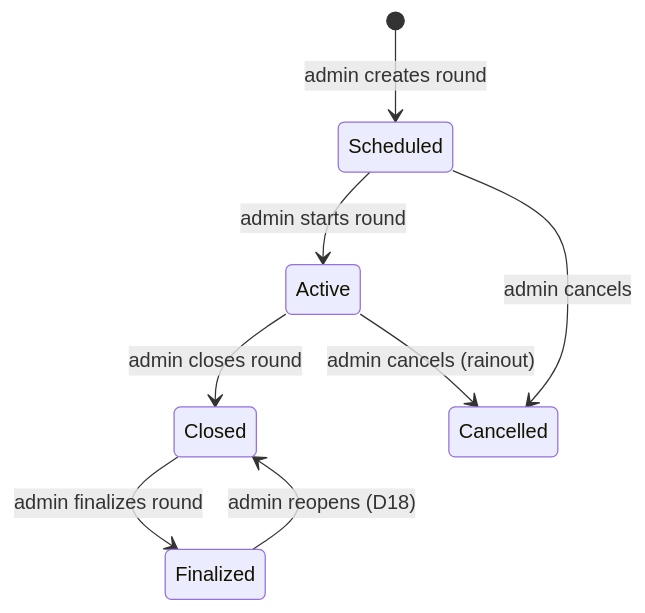
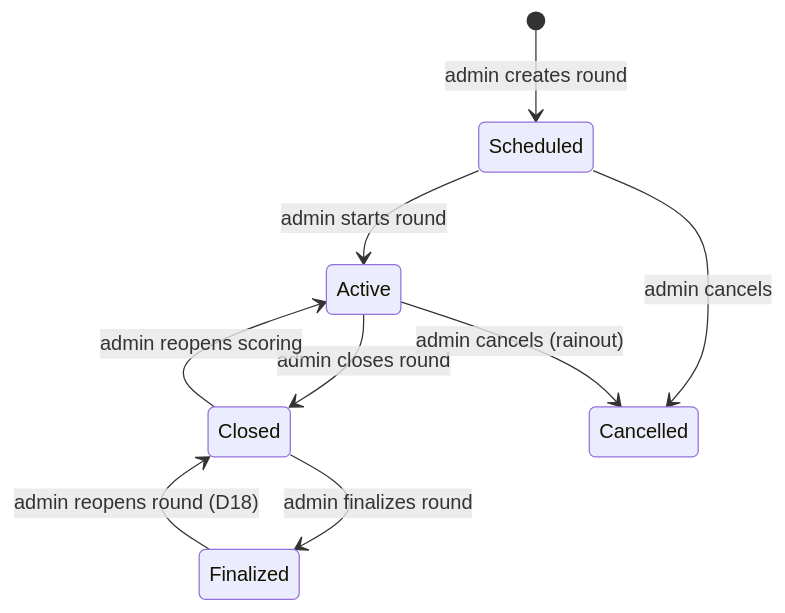
One commit to ws7m/ag_golfleaguemanagment changed the diagram in design.md. Above: the diagram before and after it, drawn with Mermaid. The commit also changed other lines of this file, not shown here.

````diff
--- a/design.md
+++ b/design.md
@@ -178,10 +229,11 @@
 ```mermaid
 stateDiagram-v2
     [*] --> Scheduled: admin creates round
     Scheduled --> Active: admin starts round
     Active --> Closed: admin closes round
+    Closed --> Active: admin reopens scoring
     Closed --> Finalized: admin finalizes round
-    Finalized --> Closed: admin reopens (D18)
+    Finalized --> Closed: admin reopens round (D18)
     Scheduled --> Cancelled: admin cancels
     Active --> Cancelled: admin cancels (rainout)
 ```
````
